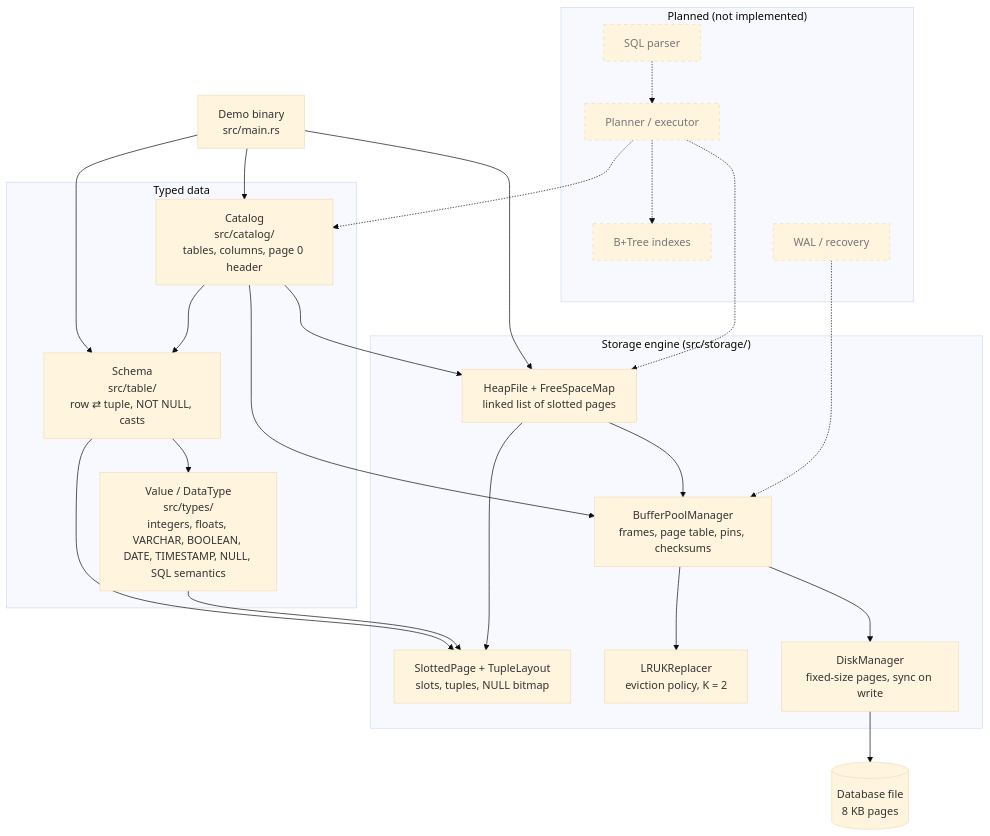
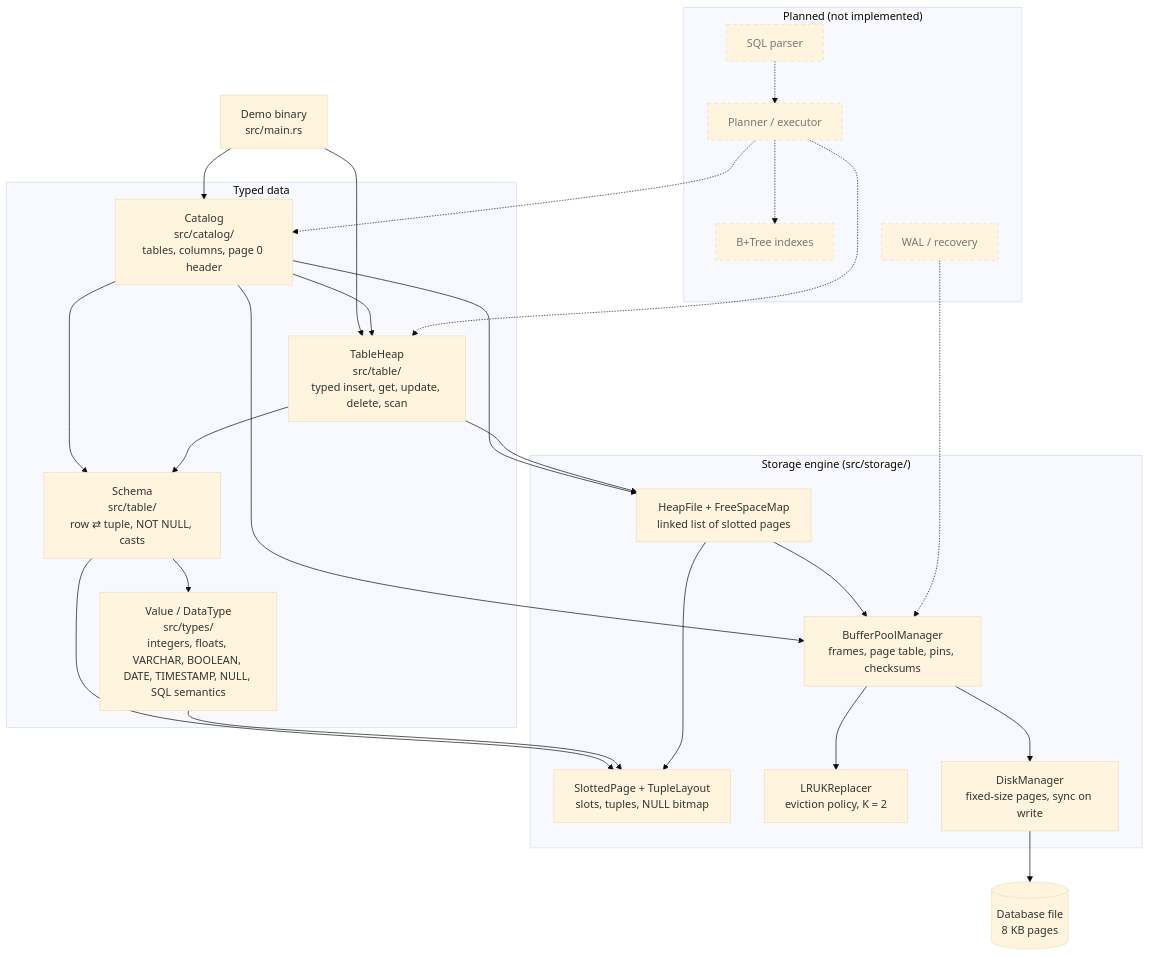
One commit to RodrigoGrz/ferro-db changed the diagram in docs/architecture.md. Above: the diagram before and after it, drawn with Mermaid (base theme). The commit also changed other lines of this file and 11 other files, not shown here.

````diff
--- a/docs/architecture.md
+++ b/docs/architecture.md
@@ -9,50 +9,53 @@
 ```mermaid
 flowchart TD
     demo["Demo binary<br/>src/main.rs"]
 
     subgraph upper["Typed data"]
         catalog["Catalog<br/>src/catalog/<br/>tables, columns, page 0 header"]
+        tableheap["TableHeap<br/>src/table/<br/>typed insert, get, update, delete, scan"]
         schema["Schema<br/>src/table/<br/>row ⇄ tuple, NOT NULL, casts"]
         types["Value / DataType<br/>src/types/<br/>integers, floats, VARCHAR, BOOLEAN, DATE, TIMESTAMP, NULL, SQL semantics"]
     end
 
     subgraph storage["Storage engine (src/storage/)"]
         heap["HeapFile + FreeSpaceMap<br/>linked list of slotted pages"]
         slotted["SlottedPage + TupleLayout<br/>slots, tuples, NULL bitmap"]
         bpm["BufferPoolManager<br/>frames, page table, pins, checksums"]
         replacer["LRUKReplacer<br/>eviction policy, K = 2"]
         disk["DiskManager<br/>fixed-size pages, sync on write"]
     end
 
     file[("Database file<br/>8 KB pages")]
 
     demo --> catalog
-    demo --> schema
-    demo --> heap
+    demo --> tableheap
+    catalog --> tableheap
     catalog --> heap
     catalog --> schema
+    tableheap --> schema
+    tableheap --> heap
     schema --> types
     schema --> slotted
     types --> slotted
     heap --> slotted
     heap --> bpm
     catalog --> bpm
     bpm --> replacer
     bpm --> disk
     disk --> file
 
     subgraph planned["Planned (not implemented)"]
         sql["SQL parser"]
         planner["Planner / executor"]
         index["B+Tree indexes"]
         wal["WAL / recovery"]
     end
     sql -.-> planner
     planner -.-> catalog
-    planner -.-> heap
+    planner -.-> tableheap
     planner -.-> index
     wal -.-> bpm
 
     classDef plannedNode stroke-dasharray: 5 5,color:#777
     class sql,planner,index,wal plannedNode
 ```
````
